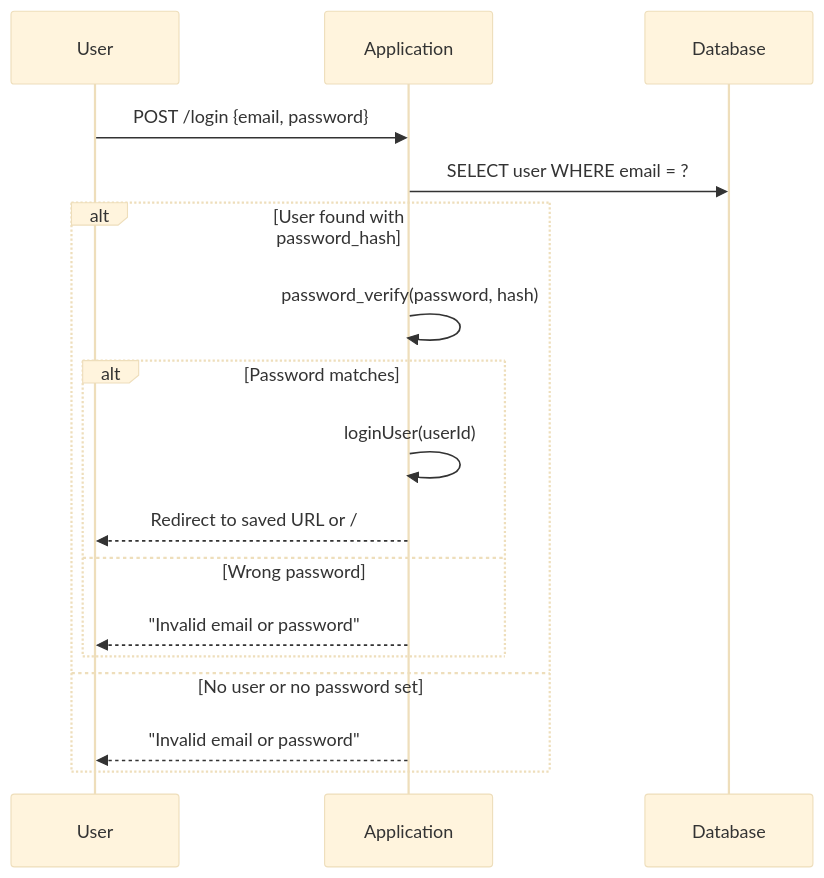
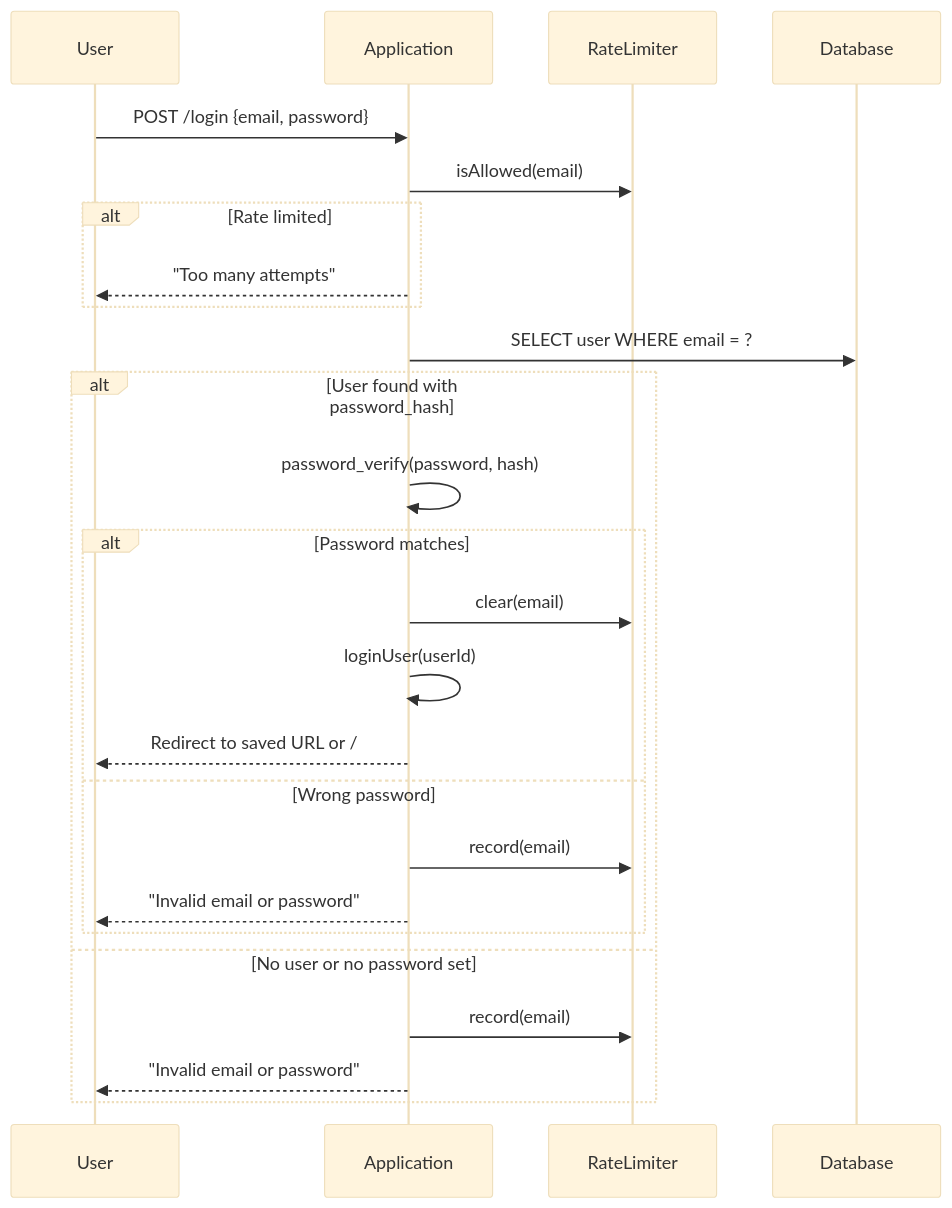
Before and after one commit to robsartin/heirloom: the fourth of 14 diagrams in doc/DEVELOPER.md, drawn with Mermaid (base theme). The commit also changed other lines of this file, not shown here.

First line of the commit message:
Add PHPDoc to all source files and update Mermaid diagrams

````diff
--- a/doc/DEVELOPER.md
+++ b/doc/DEVELOPER.md
@@ -116,20 +142,28 @@
 ```mermaid
 sequenceDiagram
     participant U as User
     participant App as Application
+    participant RL as RateLimiter
     participant DB as Database
 
     U->>App: POST /login {email, password}
+    App->>RL: isAllowed(email)
+    alt Rate limited
+        App-->>U: "Too many attempts"
+    end
     App->>DB: SELECT user WHERE email = ?
     alt User found with password_hash
         App->>App: password_verify(password, hash)
         alt Password matches
+            App->>RL: clear(email)
             App->>App: loginUser(userId)
             App-->>U: Redirect to saved URL or /
         else Wrong password
+            App->>RL: record(email)
             App-->>U: "Invalid email or password"
         end
     else No user or no password set
+        App->>RL: record(email)
         App-->>U: "Invalid email or password"
     end
 ```
````
